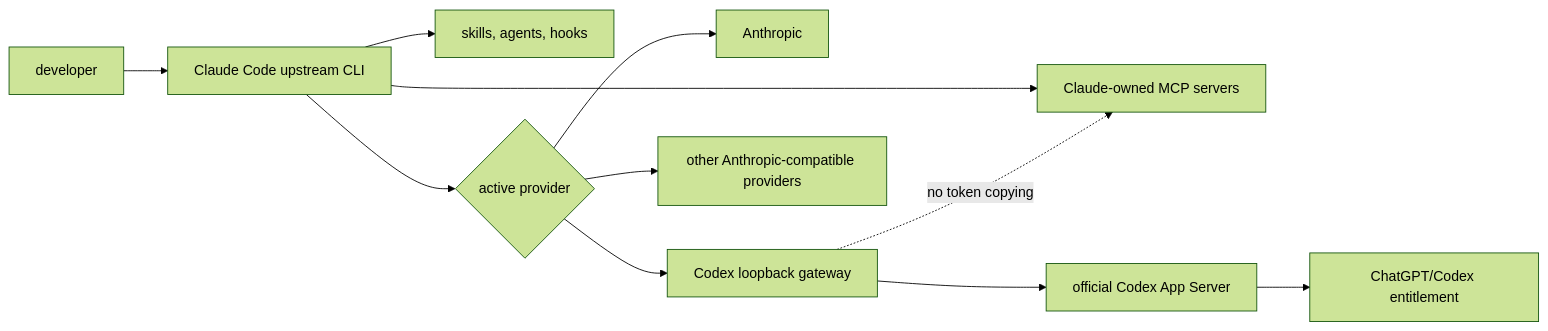
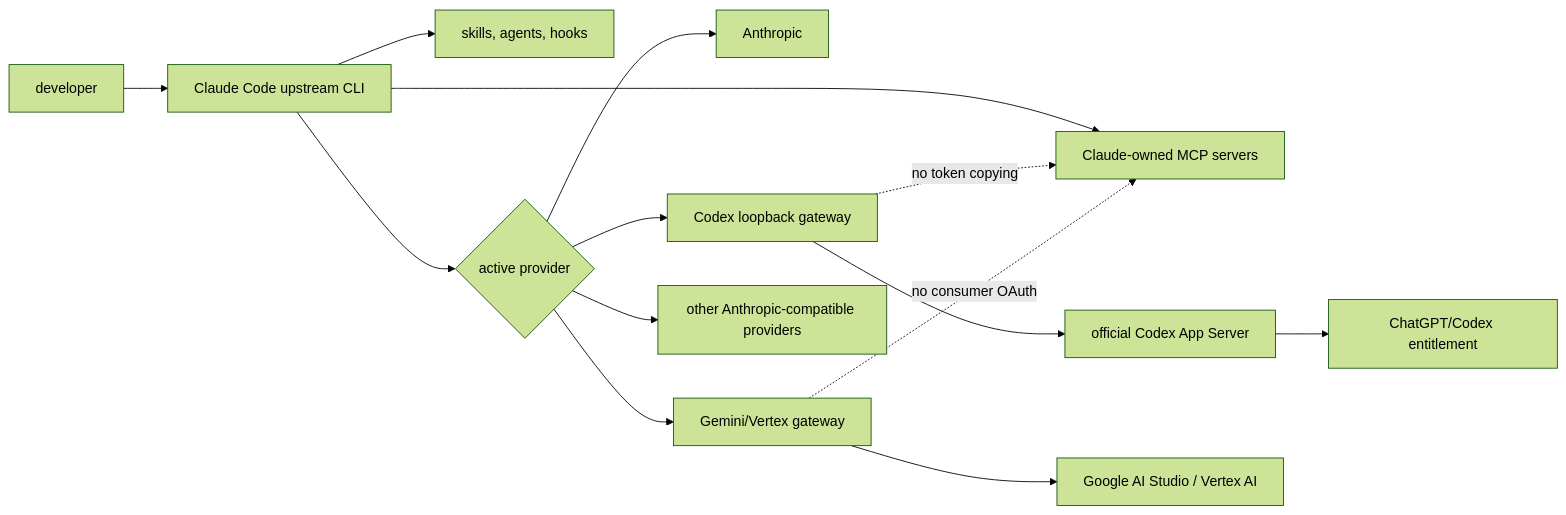
The first of 2 diagrams in README.md (furkankoykiran/.claude), drawn with Mermaid (forest theme) before and after one commit. The commit also changed other lines of this file and 68 other files, not shown here.

````diff
--- a/README.md
+++ b/README.md
@@ -177,13 +117,16 @@
 ```mermaid
 flowchart LR
   U["developer"] --> CC["Claude Code upstream CLI"]
   CC --> S["skills, agents, hooks"]
   CC --> MCP["Claude-owned MCP servers"]
-  CC --> P{"active provider"}
-  P --> A["Anthropic"]
+  P{"active provider"} --> A["Anthropic"]
   P --> C["Codex loopback gateway"]
+  P --> G["Gemini/Vertex gateway"]
   P --> O["other Anthropic-compatible providers"]
+  CC --> P
   C --> APP["official Codex App Server"]
   APP --> CHATGPT["ChatGPT/Codex entitlement"]
+  G --> GEMINI["Google AI Studio / Vertex AI"]
   C -. "no token copying" .-> MCP
+  G -. "no consumer OAuth" .-> MCP
 ```
````
